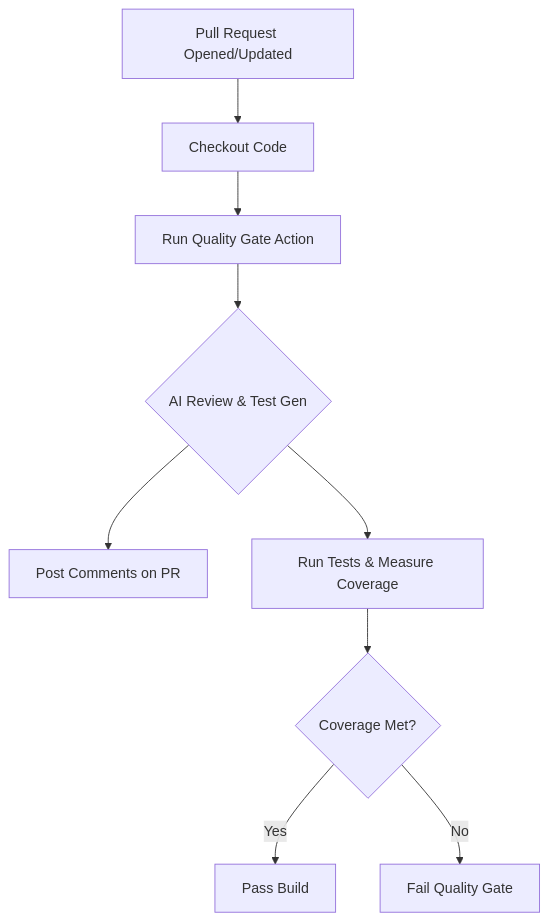
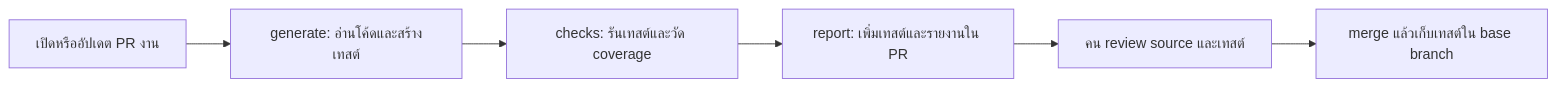
The diagram in README.md (NonnaritRammaneekultawat-6609650459/test-github-marketplace), drawn with Mermaid before and after one commit. The commit also changed other lines of this file and 2 other files, not shown here.

Commit message:
Document Action setup, AI providers, reviewable tests and coverage

````diff
--- a/README.md
+++ b/README.md
@@ -28,11 +28,8 @@
 ```mermaid
-graph TD
-    A[Pull Request Opened/Updated] --> B[Checkout Code]
-    B --> C[Run Quality Gate Action]
-    C --> D{AI Review & Test Gen}
-    D --> E[Post Comments on PR]
-    D --> F[Run Tests & Measure Coverage]
-    F --> G{Coverage Met?}
-    G -- Yes --> H[Pass Build]
-    G -- No --> I[Fail Quality Gate]
+flowchart LR
+  A[เปิดหรืออัปเดต PR งาน] --> B[generate: อ่านโค้ดและสร้างเทสต์]
+  B --> C[checks: รันเทสต์และวัด coverage]
+  C --> D[report: เพิ่มเทสต์และรายงานใน PR]
+  D --> E[คน review source และเทสต์]
+  E --> F[merge แล้วเก็บเทสต์ใน base branch]
 ```
````
